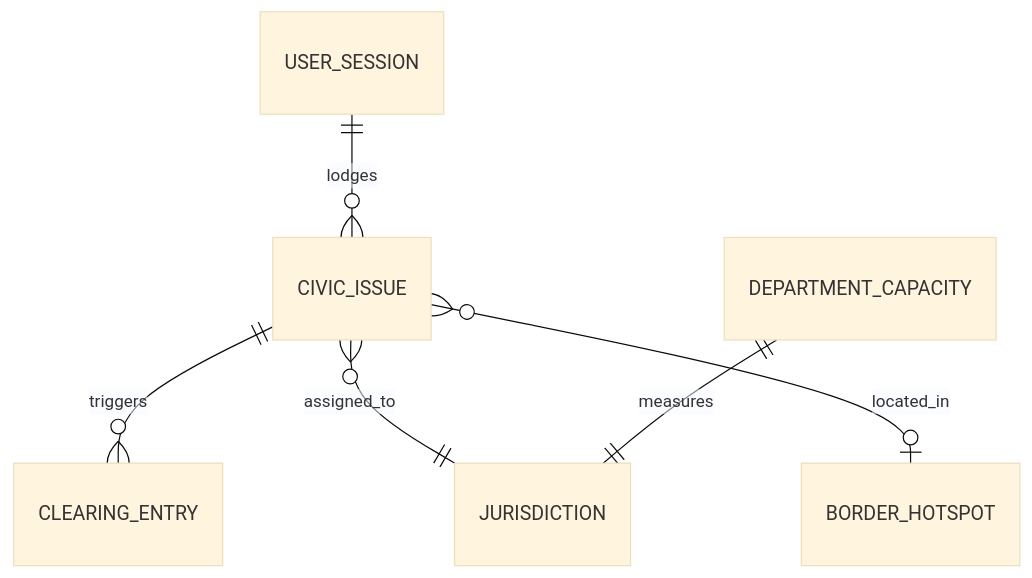
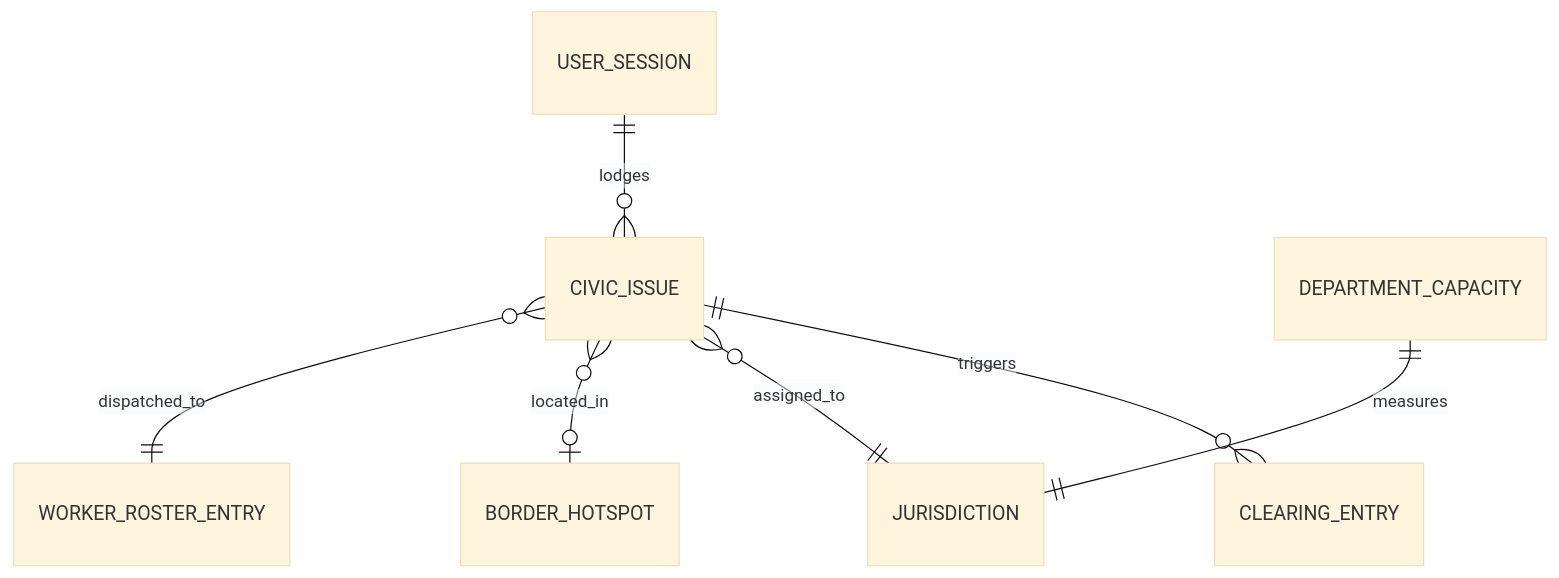
Before and after one commit to panavkbysani2011-jpg/HM26-2F61Submission: the second of 2 diagrams in docs/architecture.md, drawn with Mermaid (base theme). The commit also changed other lines of this file and 2 other files, not shown here.

Commit message:
docs: add setup and architecture documentation and update core flow details in README

````diff
--- a/docs/architecture.md
+++ b/docs/architecture.md
@@ -67,8 +78,9 @@
 ```mermaid
 erDiagram
     CIVIC_ISSUE ||--o{ CLEARING_ENTRY : triggers
     CIVIC_ISSUE }o--|| JURISDICTION : assigned_to
     CIVIC_ISSUE }o--o| BORDER_HOTSPOT : located_in
+    CIVIC_ISSUE }o--|| WORKER_ROSTER_ENTRY : dispatched_to
     DEPARTMENT_CAPACITY ||--|| JURISDICTION : measures
     USER_SESSION ||--o{ CIVIC_ISSUE : lodges
 ```
````
